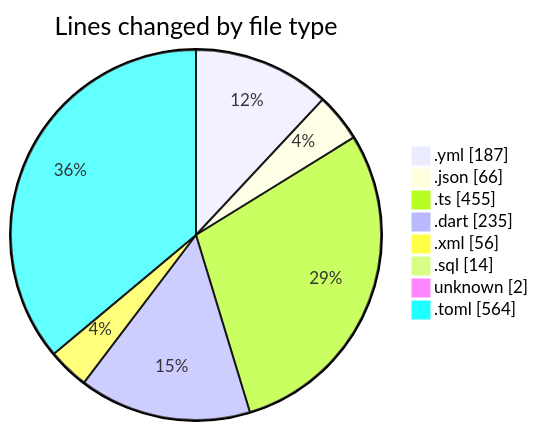
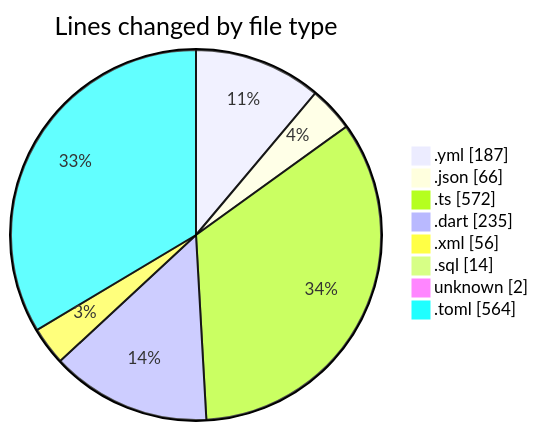
One commit to donsfak/code-tracking changed the first of 2 diagrams in 2025-02-10/maps_clone/README.md. Above: the diagram before and after it, drawn with Mermaid. The commit also changed other lines of this file and 1 other file, not shown here.

````diff
--- a/2025-02-10/maps_clone/README.md
+++ b/2025-02-10/maps_clone/README.md
@@ -32,12 +32,12 @@
 ```mermaid
 pie showData
 title Lines changed by file type
 ".yml" : 187
 ".json" : 66
-".ts" : 455
+".ts" : 572
 ".dart" : 235
 ".xml" : 56
 ".sql" : 14
 "unknown" : 2
 ".toml" : 564
 ```
````
